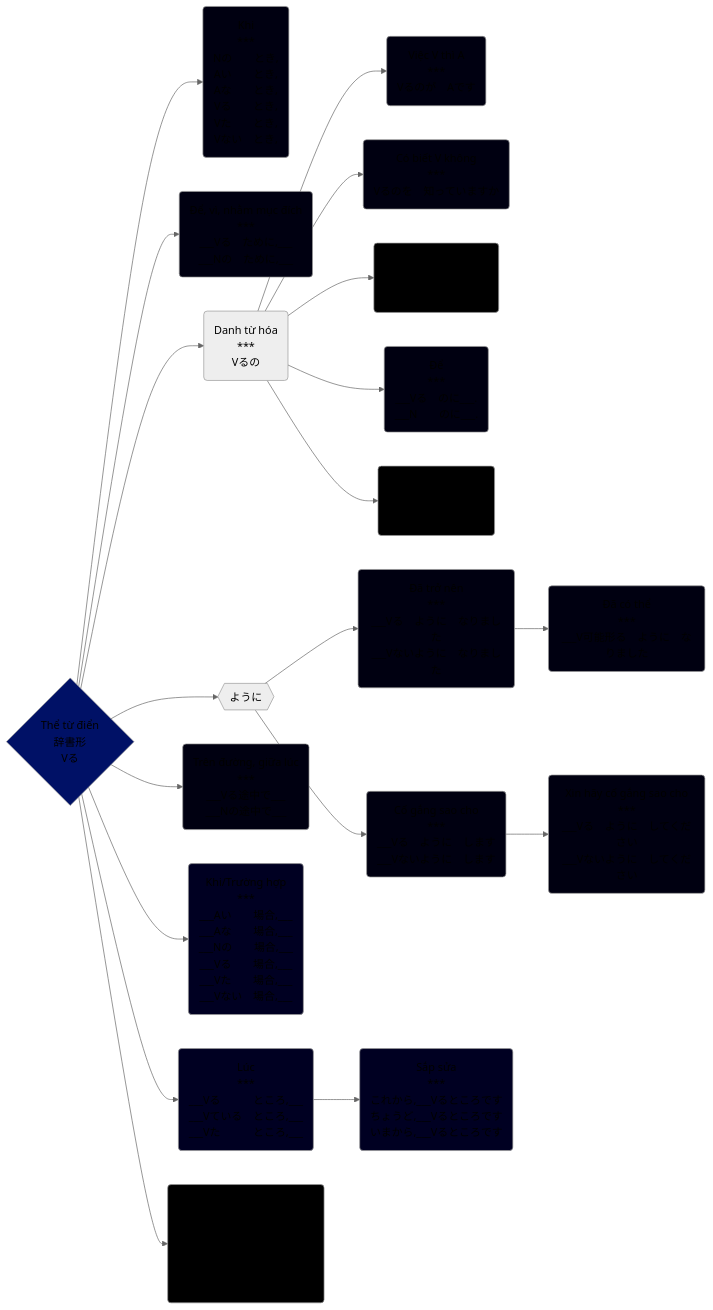
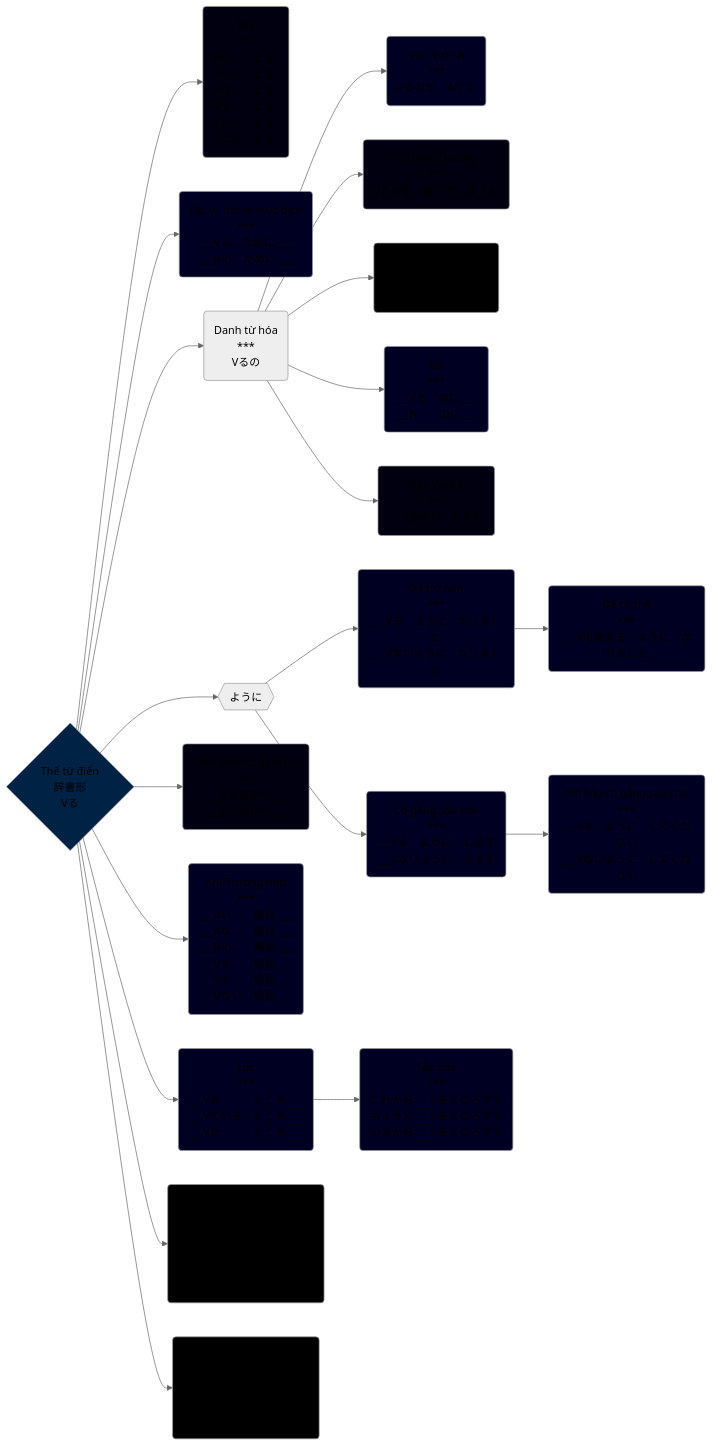
Before and after one commit to tea1504/learn: the diagram in The/辞書形.md, drawn with Mermaid (neutral theme). The commit also changed 14 other files, not shown here.

````diff
--- a/The/辞書形.md
+++ b/The/辞書形.md
@@ -2,41 +2,43 @@
 ```mermaid
 graph LR;
     V{Thể từ điển\n辞書形\nVる}
 
     V-->khi(Khi\n***\nNの　　とき,\nAい　　とき,\nAな　　とき,\nVる　　とき,\nVた　　とき,\nVない　とき,)
     V-->nhamMucDich(Để, vì, nhằm mục đích\n***\n___Vる　ために,___\n___Nの　ために,___)
     V-->danhTuHoa(Danh từ hóa\n***\nVるの)
     danhTuHoa-->viecVthiAGa(Việc V thì A\n***\nVるのが　Aです)
     danhTuHoa-->coBietVKhong(Có biết V không\n***\nVるのを　知っていますか)
     danhTuHoa-->daQuenV(Đã quên V\n***\nVるのを　忘れました)
     danhTuHoa-->de(Để\n***\n___Vる　のに___.\n___N　　のに___.)
     danhTuHoa-->viecVThiAHa(Việc V thì A\n***\n___Vるのは　Aです.)
     V-->youni{{ように}}
     youni-->daTroNen(Đã trở nên\n***\n___Vる　ように　なりました\n___Vないように　なりました)
     daTroNen-->daCoThe(Đã có thể\n***\n___V可能形る　ように　なりました)
     V-->trenDuongGiuaLuc(Trên đường, giữa lúc\n***\n___Vる途中で___\n___Nの途中で___)
     youni-->coGangSaoCho(Cố gắng sao cho\n***\n___Vる　ように　します\n___Vないように　します)
     coGangSaoCho-->xinHayCoGangSaoCho(Xin hãy cố gắng sao cho\n***\n___Vる　ように　してください\n___Vないように　してください)
     V-->truongHop(Khi/Trường hợp\n***\n___Aい　　場合,___\n___Aな　　場合,___\n___Nの　　場合,___\n___Vる　　場合,___\n___Vた　　場合,___\n___Vない　場合,___)
     V-->luc(Lúc\n***\n___Vる　　　ところ,___\n___Vている　ところ,___\n___Vた　　　ところ,___)
     luc-->sapSua(Sắp sửa\n***\nこれから,___Vるところです\nちょうど,___Vるところです\nいまから,___Vるところです)
     V-->dinh(Định\n***\n___は　Nを　　Vるつもりです.\n___は　Nを　Vないつもりです.)
+    V-->truocKhi(Trước khi\n***\n___は　ｖる　まえに,　ｖ\n___は　ｎの　まえに,　ｖ\n___は　ｔｇ　まえに,　ｖ)
 
-    style V fill:#016
+    style V fill:#024
     style coBietVKhong fill:#001
-    style coGangSaoCho fill:#001
-    style daCoThe fill:#001
+    style coGangSaoCho fill:#002
+    style daCoThe fill:#002
     style daQuenV fill:#000
-    style daTroNen fill:#001
-    style de fill:#001
+    style daTroNen fill:#002
+    style de fill:#002
     style dinh fill:#000
     style khi fill:#001
     style luc fill:#002
-    style nhamMucDich fill:#001
+    style nhamMucDich fill:#002
     style sapSua fill:#002
     style trenDuongGiuaLuc fill:#001
+    style truocKhi fill:#000
     style truongHop fill:#002
-    style viecVthiAGa fill:#001
-    style viecVThiAHa fill:#000
-    style xinHayCoGangSaoCho fill:#001
+    style viecVthiAGa fill:#002
+    style viecVThiAHa fill:#001
+    style xinHayCoGangSaoCho fill:#002
 ```
````
